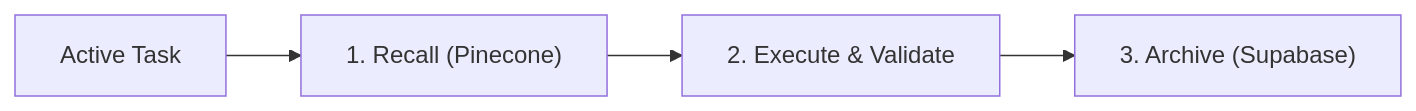
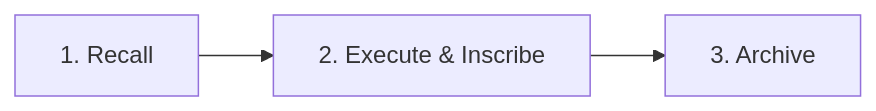
Before and after one commit to JooduG/gemini: the second of 2 diagrams in config/plugins/developer-database-plugin/skills/developer-database/SKILL.md, drawn with Mermaid. The commit also changed other lines of this file and 44 other files, not shown here.

````diff
--- a/config/plugins/developer-database-plugin/skills/developer-database/SKILL.md
+++ b/config/plugins/developer-database-plugin/skills/developer-database/SKILL.md
@@ -32,6 +44,4 @@
 ```mermaid
 flowchart LR
-    Task["Active Task"] --> Recall["1. Recall (Pinecone)"]
-    Recall --> Execute["2. Execute & Validate"]
-    Execute --> Archive["3. Archive (Supabase)"]
+    S1["1. Recall"] --> S2["2. Execute & Inscribe"] --> S3["3. Archive"]
 ```
````
